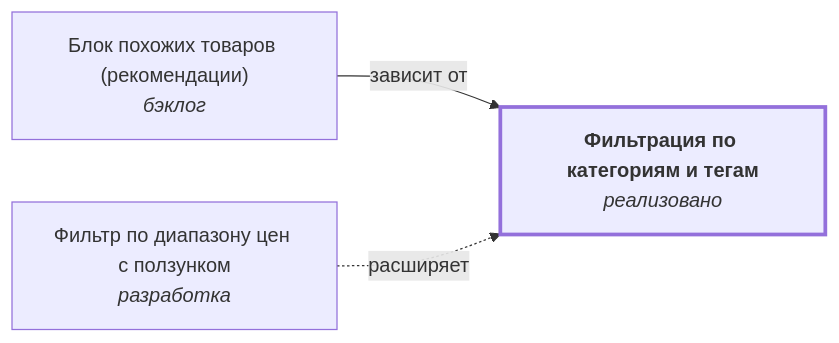
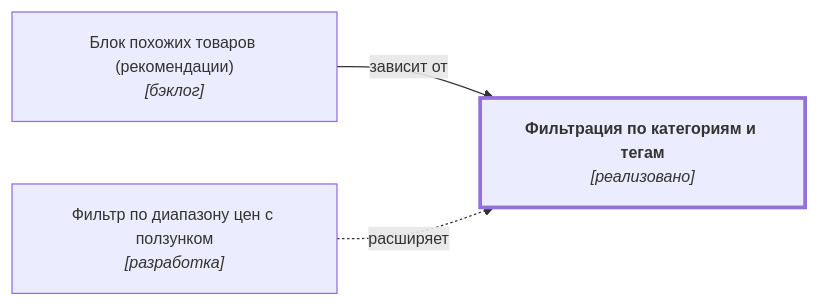
The diagram in docs/specifications/catalog/filter-categories.md (DmitryKhilko/example-app-requirements), drawn with Mermaid before and after one commit. The commit also changed other lines of this file and 21 other files, not shown here.

````diff
--- a/docs/specifications/catalog/filter-categories.md
+++ b/docs/specifications/catalog/filter-categories.md
@@ -22,15 +22,16 @@
 ```mermaid
+%%{init: {"themeVariables": {"fontSize": "12.8px"}}}%%
 flowchart LR
-    n0["<b>Фильтрация по категориям и тегам</b><br/><i>реализовано</i>"]
-    n1["Блок похожих товаров (рекомендации)<br/><i>бэклог</i>"]
-    n2["Фильтр по диапазону цен с ползунком<br/><i>разработка</i>"]
+    n0["<b>Фильтрация по категориям и тегам</b><br/><i>[реализовано]</i>"]
+    n1["Блок похожих товаров (рекомендации)<br/><i>[бэклог]</i>"]
+    n2["Фильтр по диапазону цен с ползунком<br/><i>[разработка]</i>"]
     n1 -->|"зависит от"| n0
     n2 -.->|"расширяет"| n0
 
     classDef current stroke-width:3px
     classDef archived stroke-dasharray:5 4
     class n0 current
 
     click n1 "../product-recommendations/"
     click n2 "../filter-price-slider/"
 ```
````
